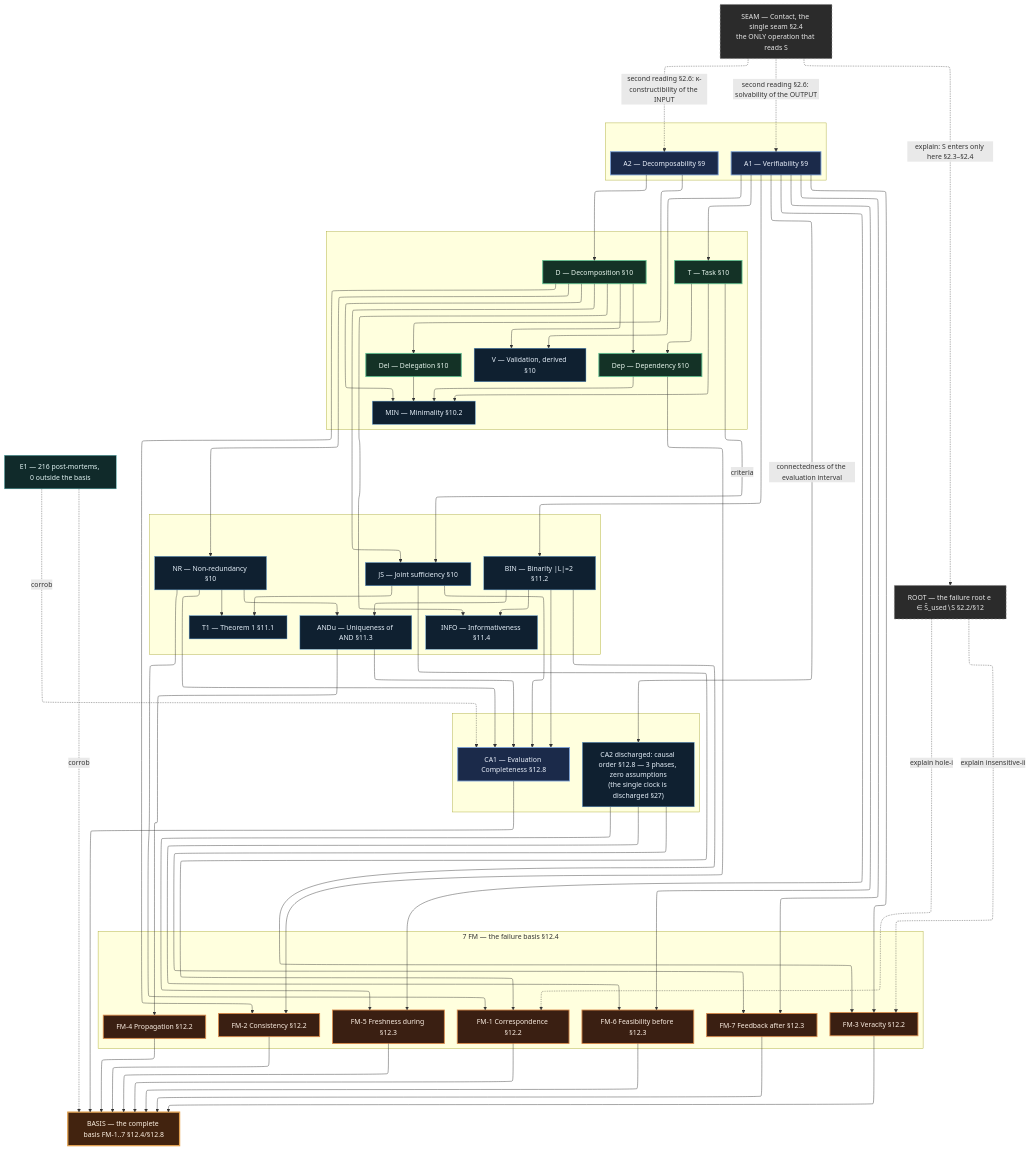
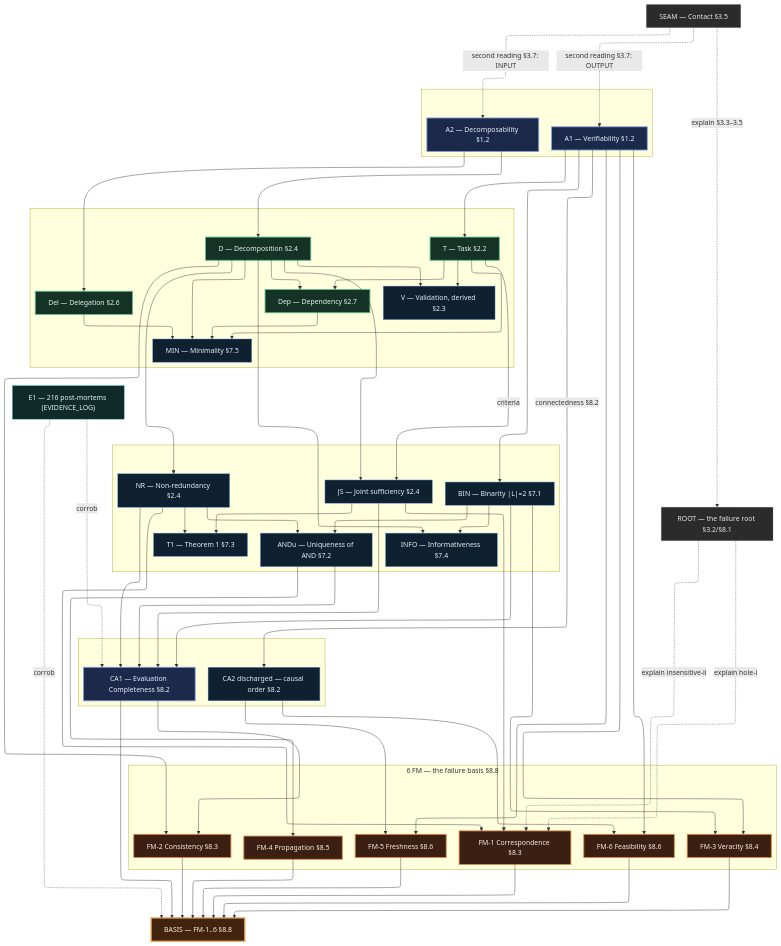
Before and after one commit to Kirill-Shokhin/GFSO: the first of 5 diagrams in docs/gfso_dependency_map.md, drawn with Mermaid. The commit also changed other lines of this file and 57 other files, not shown here.

````diff
--- a/docs/gfso_dependency_map.md
+++ b/docs/gfso_dependency_map.md
@@ -58,19 +50,19 @@
 
   subgraph SAX[" "]
     direction TB
-    A1["A1 — Verifiability §9"]
-    A2["A2 — Decomposability §9"]
+    A1["A1 — Verifiability §1.2"]
+    A2["A2 — Decomposability §1.2"]
   end
   class A1,A2 axiom
 
   subgraph SPR[" "]
     direction TB
-    T["T — Task §10"]
-    D["D — Decomposition §10"]
-    Del["Del — Delegation §10"]
-    Dep["Dep — Dependency §10"]
-    V["V — Validation, derived §10"]
-    MIN["MIN — Minimality §10.2"]
+    T["T — Task §2.2"]
+    D["D — Decomposition §2.4"]
+    Del["Del — Delegation §2.6"]
+    Dep["Dep — Dependency §2.7"]
+    V["V — Validation, derived §2.3"]
+    MIN["MIN — Minimality §7.5"]
   end
   class T,D,Del,Dep prim
   class V derived
@@ -78,50 +70,49 @@
 
   subgraph SCM[" "]
     direction TB
-    JS["JS — Joint sufficiency §10"]
-    NR["NR — Non-redundancy §10"]
-    BIN["BIN — Binarity |L|=2 §11.2"]
-    ANDu["ANDu — Uniqueness of AND §11.3"]
-    T1["T1 — Theorem 1 §11.1"]
-    INFO["INFO — Informativeness §11.4"]
+    JS["JS — Joint sufficiency §2.4"]
+    NR["NR — Non-redundancy §2.4"]
+    BIN["BIN — Binarity |L|=2 §7.1"]
+    ANDu["ANDu — Uniqueness of AND §7.2"]
+    T1["T1 — Theorem 1 §7.3"]
+    INFO["INFO — Informativeness §7.4"]
   end
   class JS,NR,BIN,ANDu,T1,INFO derived
 
   subgraph SAXC[" "]
     direction TB
-    AX1["CA1 — Evaluation Completeness §12.8"]
-    AX2["CA2 discharged: causal order §12.8 — 3 phases, zero assumptions<br/>(the single clock is discharged §27)"]
+    AX1["CA1 — Evaluation Completeness §8.2"]
+    AX2["CA2 discharged — causal order §8.2"]
   end
   class AX1 axiom
   class AX2 derived
 
-  subgraph SFM["7 FM — the failure basis §12.4"]
+  subgraph SFM["6 FM — the failure basis §8.8"]
     direction TB
-    FM1["FM-1 Correspondence §12.2"]
-    FM2["FM-2 Consistency §12.2"]
-    FM3["FM-3 Veracity §12.2"]
-    FM4["FM-4 Propagation §12.2"]
-    FM6["FM-6 Feasibility before §12.3"]
-    FM5["FM-5 Freshness during §12.3"]
-    FM7["FM-7 Feedback after §12.3"]
+    FM1["FM-1 Correspondence §8.3"]
+    FM2["FM-2 Consistency §8.3"]
+    FM3["FM-3 Veracity §8.4"]
+    FM4["FM-4 Propagation §8.5"]
+    FM6["FM-6 Feasibility §8.6"]
+    FM5["FM-5 Freshness §8.6"]
   end
-  class FM1,FM2,FM3,FM4,FM5,FM6,FM7 fm
+  class FM1,FM2,FM3,FM4,FM5,FM6 fm
 
-  BASIS["BASIS — the complete basis FM-1..7 §12.4/§12.8"]
+  BASIS["BASIS — FM-1..6 §8.8"]
   class BASIS basis
 
-  ROOT["ROOT — the failure root e ∈ Ŝ_used∖S §2.2/§12"]
+  ROOT["ROOT — the failure root §3.2/§8.1"]
   class ROOT ground
 
-  SEAM["SEAM — Contact, the single seam §2.4<br/>the ONLY operation that reads S"]
+  SEAM["SEAM — Contact §3.5"]
   class SEAM ground
 
-  E1["E1 — 216 post-mortems, 0 outside the basis"]
+  E1["E1 — 216 post-mortems (EVIDENCE_LOG)"]
   class E1 emp
 
   %% axioms → primitives
   A1 --> T
-  A1 --> V
+  T --> V
   A2 --> D
   A2 --> Del
   T --> Dep
@@ -149,24 +140,22 @@
   NR --> AX1
   BIN --> AX1
   ANDu --> AX1
-  A1 -->|connectedness of the evaluation interval| AX2
+  A1 -->|connectedness §8.2| AX2
 
   %% each FM derived
   JS --> FM1
   NR --> FM1
-  Dep --> FM2
+  AX1 --> FM2
   D --> FM2
   BIN --> FM3
   A1 --> FM3
   ANDu --> FM4
   A1 --> FM6
   A1 --> FM5
-  A1 --> FM7
   AX2 --> FM5
   AX2 --> FM6
-  AX2 --> FM7
 
-  %% the 7 FM = a proved basis
+  %% the 6 FM = a proved basis
   AX1 --> BASIS
   FM1 --> BASIS
   FM2 --> BASIS
@@ -174,18 +163,17 @@
   FM4 --> BASIS
   FM5 --> BASIS
   FM6 --> BASIS
-  FM7 --> BASIS
 
   %% E1 corroborates
   E1 -.->|corrob| AX1
   E1 -.->|corrob| BASIS
 
-  %% the seam: where S enters at all, and the second reading of the axioms
-  SEAM -.->|explain: S enters only here §2.3–§2.4| ROOT
-  SEAM -.->|second reading §2.6: solvability of the OUTPUT| A1
-  SEAM -.->|second reading §2.6: κ-constructibility of the INPUT| A2
+  %% the seam: where S enters, and the second reading of the axioms
+  SEAM -.->|explain §3.3–3.5| ROOT
+  SEAM -.->|second reading §3.7: OUTPUT| A1
+  SEAM -.->|second reading §3.7: INPUT| A2
 
-  %% the failure root explains FM-1/FM-3
+  %% the failure root's integration cases explain FM-1
   ROOT -.->|explain hole-i| FM1
-  ROOT -.->|explain insensitive-ii| FM3
+  ROOT -.->|explain insensitive-ii| FM1
 ```
````
